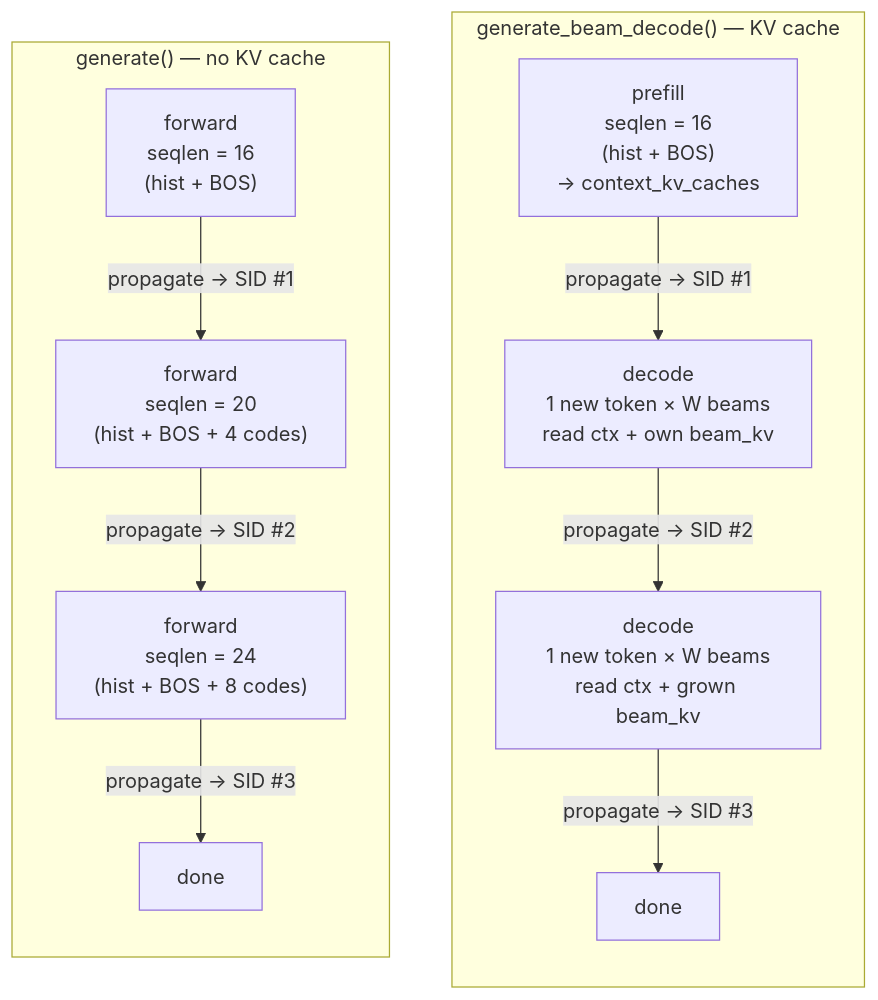
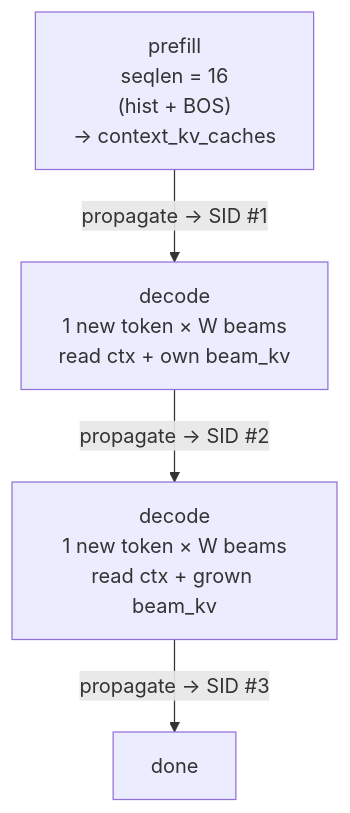
The third of 3 diagrams in examples/sid_gr/README.md (z52527/recsys-examples), drawn with Mermaid before and after one commit. The commit also changed other lines of this file, not shown here.

Commit message:
docs(sid_gr): use HTML table to lay out the two generation flows side-by-side
The single mermaid block with two subgraphs rendered as a long vertical
column on GitHub. Adding a cross-subgraph `~~~` link to anchor them
flattened the inner direction (subgraphs went horizontal). Mermaid's
subgraph layout is unreliable on GitHub.

Split into two independent `flowchart TB` blocks inside an HTML table.
Layout is now governed by the table, not by mermaid's heuristics.

````diff
--- a/examples/sid_gr/README.md
+++ b/examples/sid_gr/README.md
@@ -116,24 +137,9 @@
 ```mermaid
-flowchart LR
-    subgraph naive["generate() — no KV cache"]
-        direction TB
-        N0["forward<br/>seqlen = 16<br/>(hist + BOS)"]
-        N1["forward<br/>seqlen = 20<br/>(hist + BOS + 4 codes)"]
-        N2["forward<br/>seqlen = 24<br/>(hist + BOS + 8 codes)"]
-        N0 -- "propagate → SID #1" --> N1
-        N1 -- "propagate → SID #2" --> N2
-        N2 -- "propagate → SID #3" --> Ne["done"]
-    end
-
-    subgraph fast["generate_beam_decode() — KV cache"]
-        direction TB
-        F0["prefill<br/>seqlen = 16<br/>(hist + BOS)<br/>→ context_kv_caches"]
-        F1["decode<br/>1 new token × W beams<br/>read ctx + own beam_kv"]
-        F2["decode<br/>1 new token × W beams<br/>read ctx + grown beam_kv"]
-        F0 -- "propagate → SID #1" --> F1
-        F1 -- "propagate → SID #2" --> F2
-        F2 -- "propagate → SID #3" --> Fe["done"]
-    end
-
-    N0 ~~~ F0
+flowchart TB
+    F0["prefill<br/>seqlen = 16<br/>(hist + BOS)<br/>→ context_kv_caches"]
+    F1["decode<br/>1 new token × W beams<br/>read ctx + own beam_kv"]
+    F2["decode<br/>1 new token × W beams<br/>read ctx + grown beam_kv"]
+    F0 -- "propagate → SID #1" --> F1
+    F1 -- "propagate → SID #2" --> F2
+    F2 -- "propagate → SID #3" --> Fe["done"]
 ```
````
